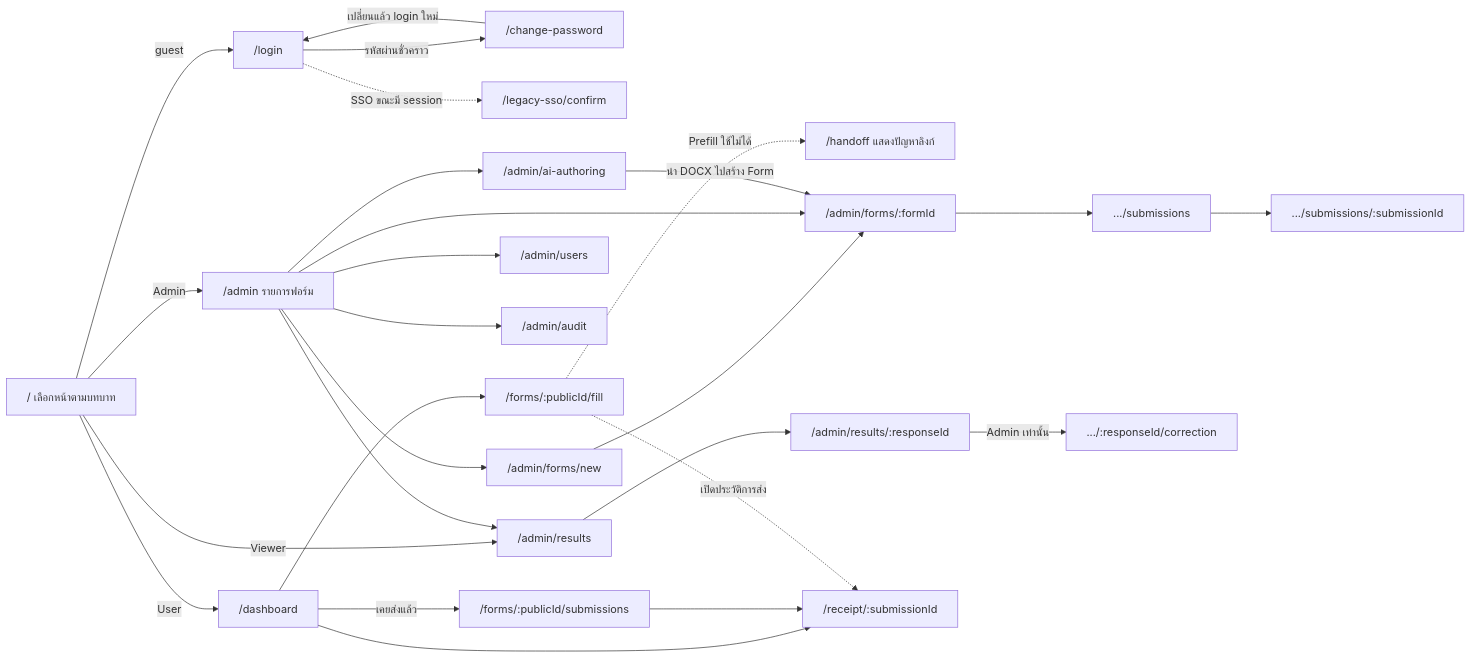
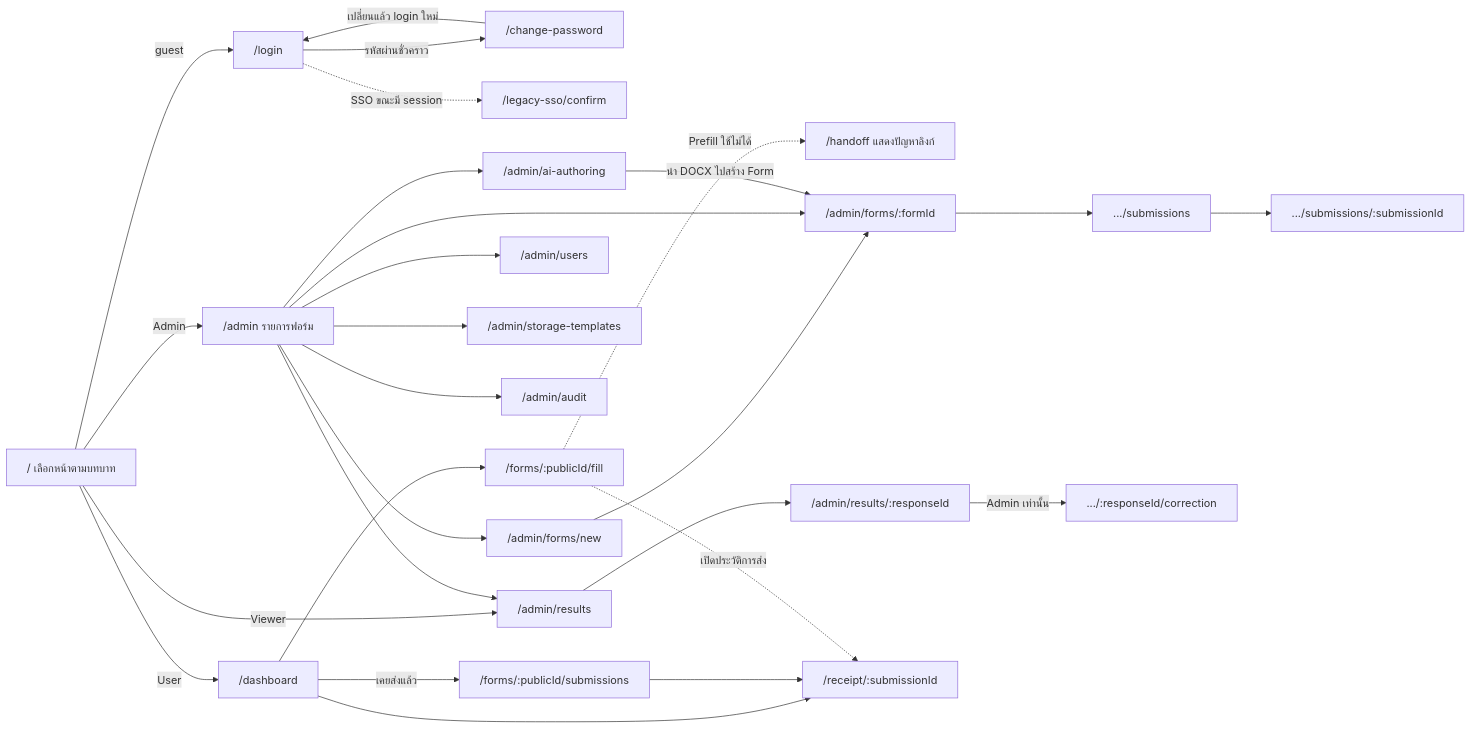
One commit to AquilaStudio2/folio-forms changed the diagram in .scratch/system-workflow/diagrams/02-pages.mmd. Above: the diagram before and after it, drawn with Mermaid. The commit also changed 28 other files, not shown here.

```diff
--- a/.scratch/system-workflow/diagrams/02-pages.mmd
+++ b/.scratch/system-workflow/diagrams/02-pages.mmd
@@ -1,40 +1,42 @@
 flowchart LR
     root["/ เลือกหน้าตามบทบาท"]
     login["/login"]
     password["/change-password"]
     sso["/legacy-sso/confirm"]
     handoff["/handoff แสดงปัญหาลิงก์"]
     admin["/admin รายการฟอร์ม"]
     newForm["/admin/forms/new"]
     form["/admin/forms/:formId"]
     submissions[".../submissions"]
     submission[".../submissions/:submissionId"]
     results["/admin/results"]
     detail["/admin/results/:responseId"]
     correction[".../:responseId/correction"]
     users["/admin/users"]
+    storageTemplates["/admin/storage-templates"]
     audit["/admin/audit"]
     ai["/admin/ai-authoring"]
     dashboard["/dashboard"]
     fill["/forms/:publicId/fill"]
     ownHistory["/forms/:publicId/submissions"]
     receipt["/receipt/:submissionId"]
     root -->|"guest"| login
     login -->|"รหัสผ่านชั่วคราว"| password
     password -->|"เปลี่ยนแล้ว login ใหม่"| login
     login -.->|"SSO ขณะมี session"| sso
     root -->|"Admin"| admin
     root -->|"User"| dashboard
     root -->|"Viewer"| results
     admin --> newForm --> form
     admin --> form
     form --> submissions --> submission
     admin --> results --> detail -->|"Admin เท่านั้น"| correction
     admin --> users
+    admin --> storageTemplates
     admin --> audit
     admin --> ai -->|"นำ DOCX ไปสร้าง Form"| form
     dashboard --> fill
     dashboard --> receipt
     dashboard -->|"เคยส่งแล้ว"| ownHistory --> receipt
     fill -.->|"เปิดประวัติการส่ง"| receipt
     fill -.->|"Prefill ใช้ไม่ได้"| handoff
```
